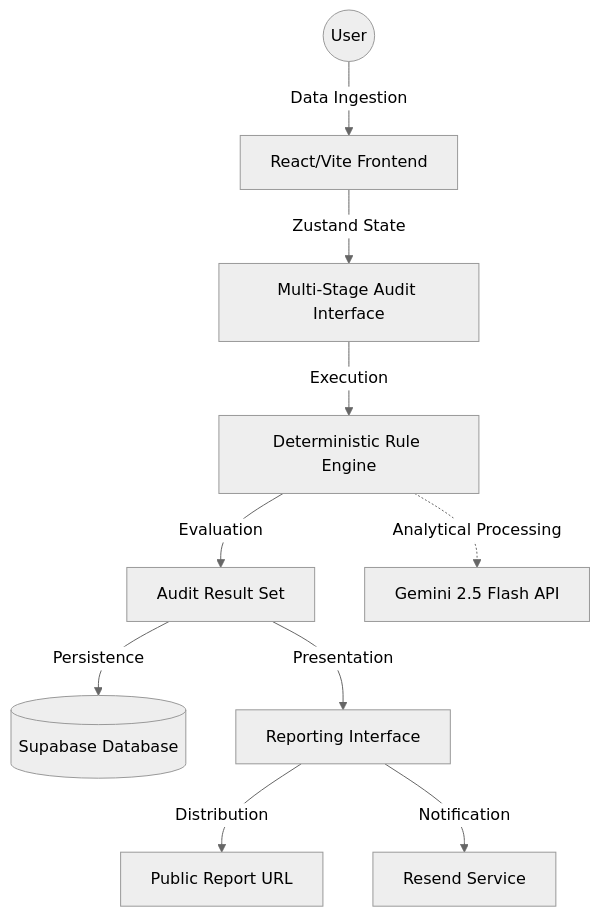
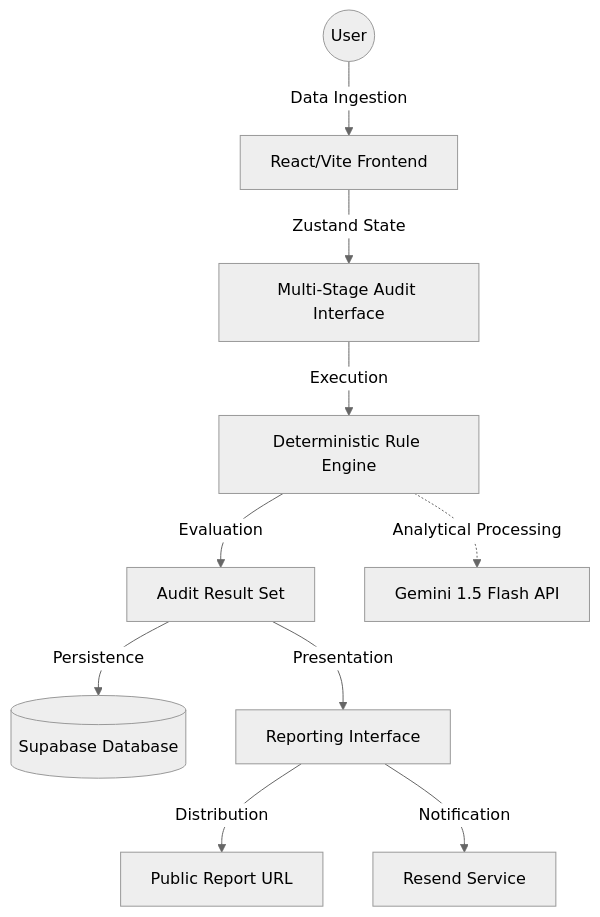
One commit to TarunyaProgrammer/vyay-aiCreditsAuditer changed the diagram in ARCHITECTURE.md. Above: the diagram before and after it, drawn with Mermaid (neutral theme). The commit also changed other lines of this file and 21 other files, not shown here.

````diff
--- a/ARCHITECTURE.md
+++ b/ARCHITECTURE.md
@@ -9,13 +9,13 @@
 ```mermaid
 graph TD
     User((User)) -->|Data Ingestion| WebApp[React/Vite Frontend]
     WebApp -->|Zustand State| FormLogic[Multi-Stage Audit Interface]
     FormLogic -->|Execution| AuditEngine[Deterministic Rule Engine]
     AuditEngine -->|Evaluation| Results[Audit Result Set]
     Results -->|Persistence| Supabase[(Supabase Database)]
     Results -->|Presentation| ResultPage[Reporting Interface]
     
-    AuditEngine -.->|Analytical Processing| Gemini[Gemini 2.5 Flash API]
+    AuditEngine -.->|Analytical Processing| Gemini[Gemini 1.5 Flash API]
     ResultPage -->|Distribution| PublicLink[Public Report URL]
     ResultPage -->|Notification| Resend[Resend Service]
 ```
````
